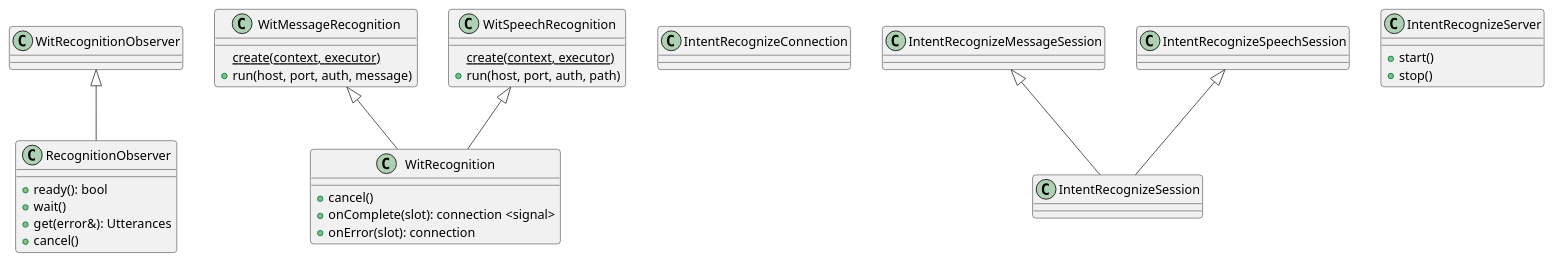
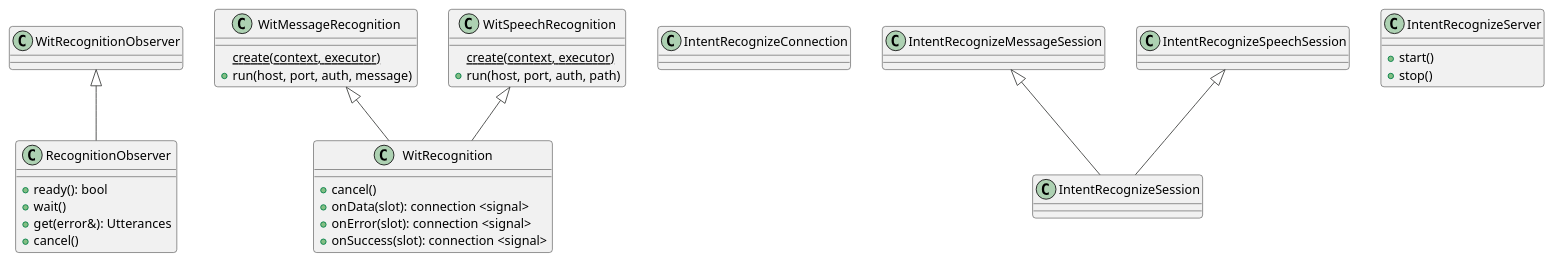
One commit to denoming/rintento changed the diagram in src/intent/doc/intent.md. Above: the diagram before and after it, drawn with PlantUML. The commit also changed 29 other files, not shown here.

````diff
--- a/src/intent/doc/intent.md
+++ b/src/intent/doc/intent.md
@@ -4,45 +4,46 @@
 ```plantuml
 @startuml
 !theme vibrant
 
 class RecognitionObserver {
     +ready(): bool
     +wait()
     +get(error&): Utterances
     +cancel()
 }
 
 WitRecognitionObserver <|-- RecognitionObserver
 
 class WitMessageRecognition {
     {static} create(context, executor)
     +run(host, port, auth, message)
 }
 
 class WitSpeechRecognition {
     {static} create(context, executor)
     +run(host, port, auth, path)
 }
 
 class WitRecognition {
     +cancel()
-    +onComplete(slot): connection <signal>
-    +onError(slot): connection
+    +onData(slot): connection <signal>
+    +onError(slot): connection <signal>
+    +onSuccess(slot): connection <signal>
 }
 
 WitMessageRecognition <|-- WitRecognition
 WitSpeechRecognition <|-- WitRecognition
 
 class IntentRecognizeConnection
 class IntentRecognizeSession
 
 IntentRecognizeMessageSession <|-- IntentRecognizeSession
 IntentRecognizeSpeechSession <|-- IntentRecognizeSession
 
 class IntentRecognizeServer {
     +start()
     +stop()
 }
 
 @enduml
 ```
````
